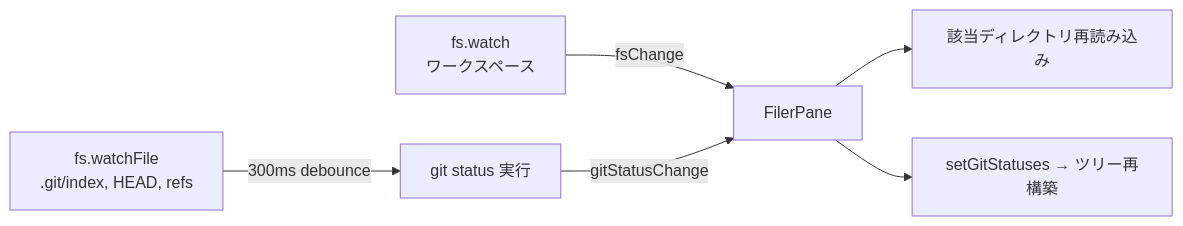
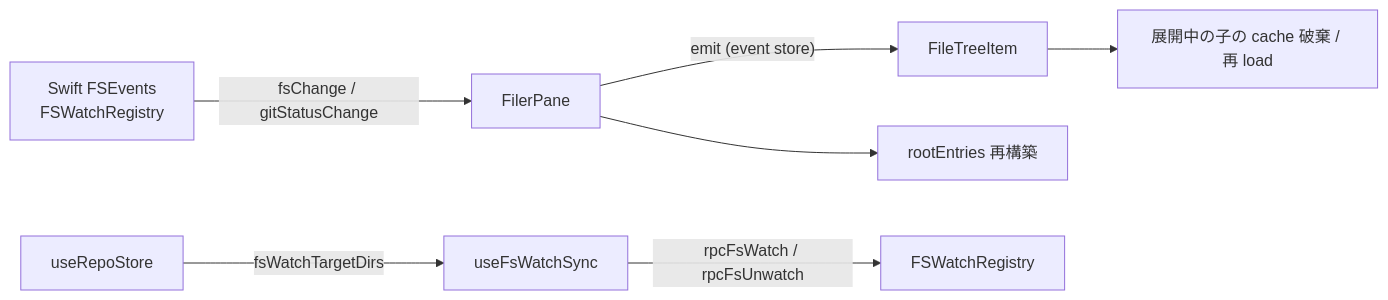
One commit to miyaoka/gozd changed the diagram in docs/filer.md. Above: the diagram before and after it, drawn with Mermaid. The commit also changed other lines of this file and 7 other files, not shown here.

````diff
--- a/docs/filer.md
+++ b/docs/filer.md
@@ -19,9 +25,9 @@
 ```mermaid
 flowchart LR
-    FS[fs.watch\nワークスペース] -->|fsChange| FP[FilerPane]
-    FP --> reload[該当ディレクトリ再読み込み]
-
-    GIT[fs.watchFile\n.git/index, HEAD, refs] -->|300ms debounce| GS[git status 実行]
-    GS -->|gitStatusChange| FP
-    FP --> tree[setGitStatuses → ツリー再構築]
+    FSE[Swift FSEvents\nFSWatchRegistry] -->|fsChange / gitStatusChange| FP[FilerPane]
+    FP -->|"emit (event store)"| FTI[FileTreeItem]
+    FP --> root[rootEntries 再構築]
+    FTI --> children[展開中の子の cache 破棄 / 再 load]
+    REPO[useRepoStore] -->|fsWatchTargetDirs| FWS[useFsWatchSync]
+    FWS -->|rpcFsWatch / rpcFsUnwatch| FSR[FSWatchRegistry]
 ```
````
